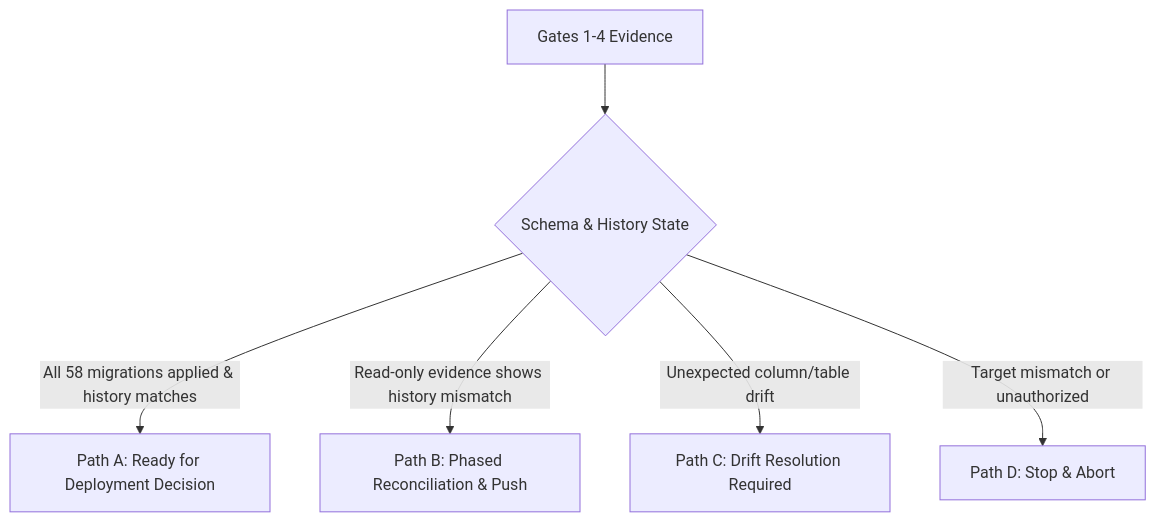
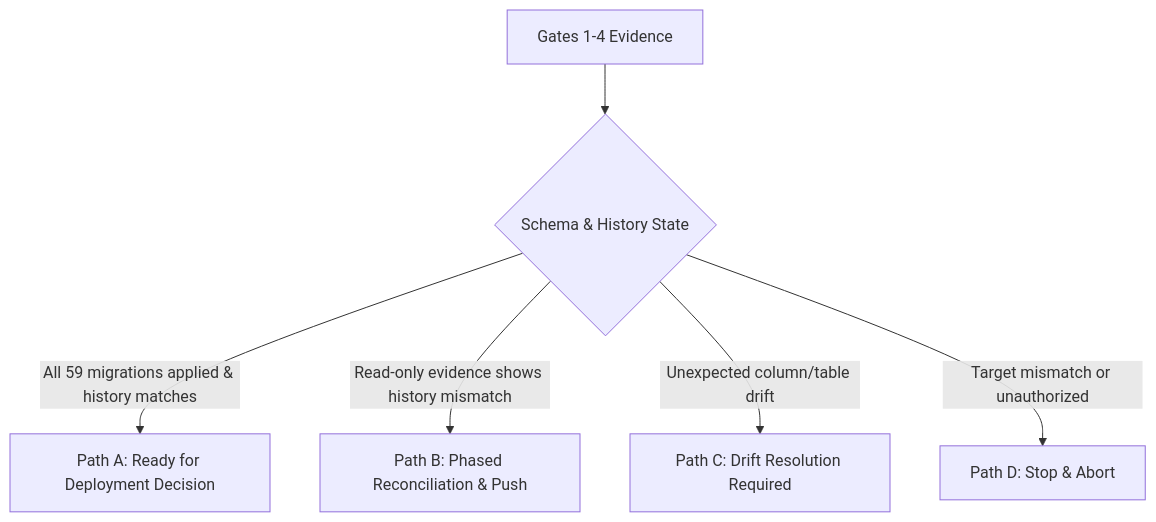
One commit to acmis1/capstone-impact-platform changed the diagram in infra/supabase/staging-reconciliation-runbook.md. Above: the diagram before and after it, drawn with Mermaid. The commit also changed other lines of this file and 51 other files, not shown here.

````diff
--- a/infra/supabase/staging-reconciliation-runbook.md
+++ b/infra/supabase/staging-reconciliation-runbook.md
@@ -255,8 +255,8 @@
 ```mermaid
 flowchart TD
     G[Gates 1-4 Evidence] --> C{Schema & History State}
-    C -->|All 58 migrations applied & history matches| PA[Path A: Ready for Deployment Decision]
+    C -->|All 59 migrations applied & history matches| PA[Path A: Ready for Deployment Decision]
     C -->|Read-only evidence shows history mismatch| PB[Path B: Phased Reconciliation & Push]
     C -->|Unexpected column/table drift| PC[Path C: Drift Resolution Required]
     C -->|Target mismatch or unauthorized| PD[Path D: Stop & Abort]
 ```
````
